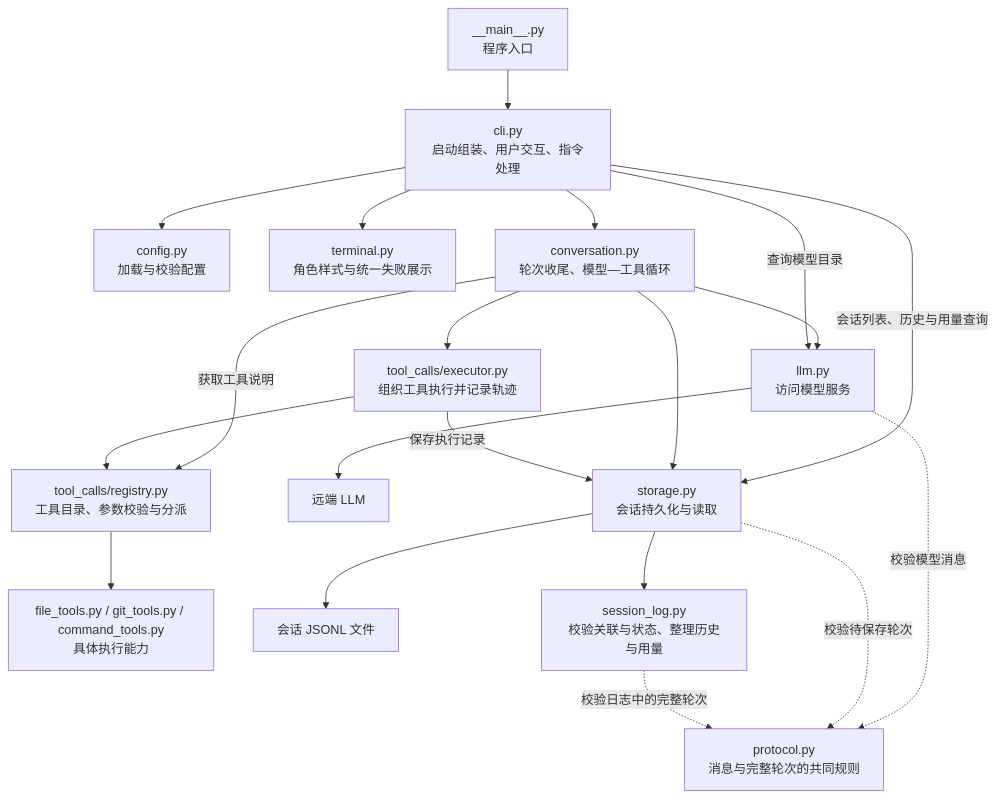
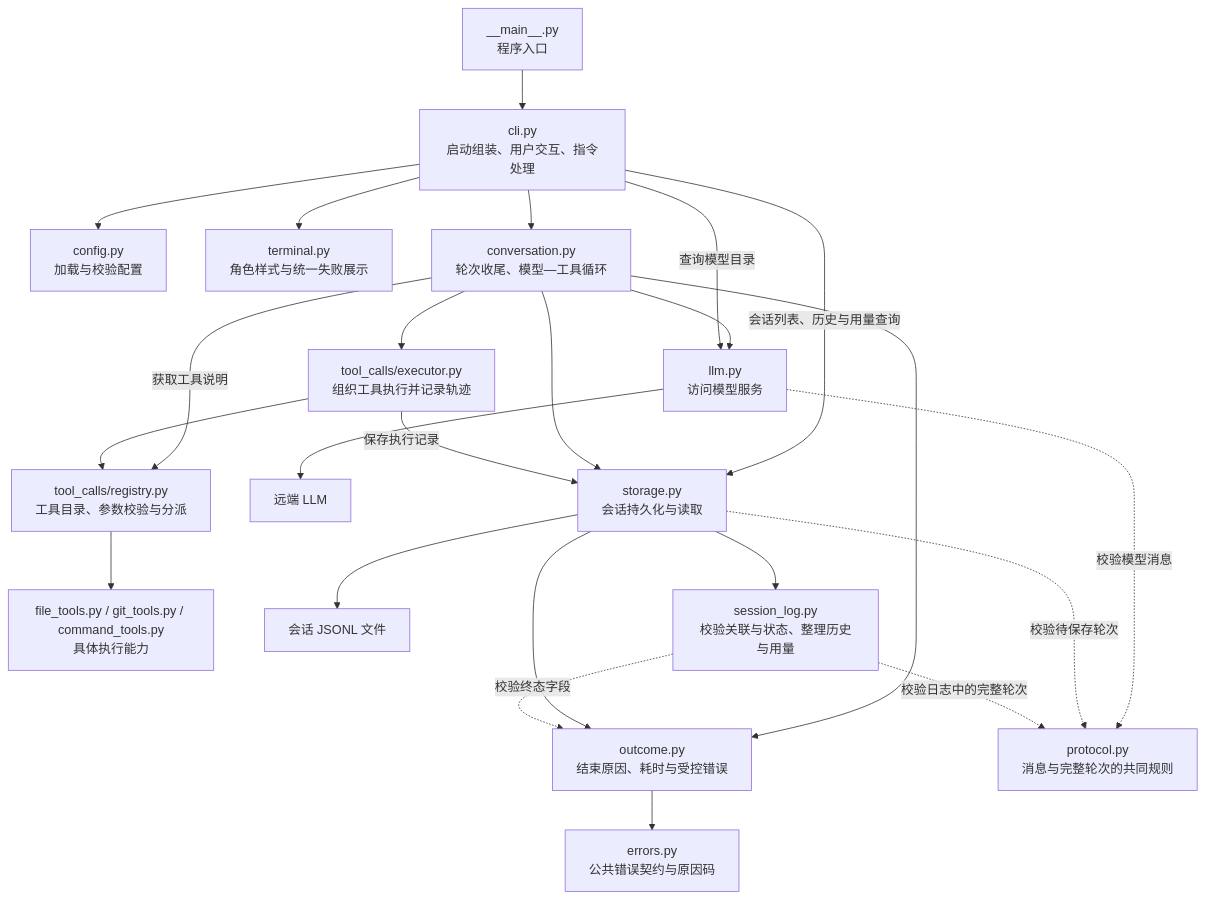
The first of 3 diagrams in docs/architecture.md (Plvltra/AdamAgent), drawn with Mermaid before and after one commit. The commit also changed other lines of this file and 19 other files, not shown here.

````diff
--- a/docs/architecture.md
+++ b/docs/architecture.md
@@ -15,25 +15,29 @@
 ```mermaid
 flowchart TD
     ENTRY["__main__.py<br/>程序入口"] --> CLI["cli.py<br/>启动组装、用户交互、指令处理"]
     CLI --> CONFIG["config.py<br/>加载与校验配置"]
     CLI --> TERMINAL["terminal.py<br/>角色样式与统一失败展示"]
     CLI --> CONV["conversation.py<br/>轮次收尾、模型—工具循环"]
     CLI -->|"会话列表、历史与用量查询"| STORE["storage.py<br/>会话持久化与读取"]
 
     CONV --> LLM["llm.py<br/>访问模型服务"]
     CLI -->|"查询模型目录"| LLM
     LLM --> API["远端 LLM"]
     CONV --> EXEC["tool_calls/executor.py<br/>组织工具执行并记录轨迹"]
     CONV -->|"获取工具说明"| REG["tool_calls/registry.py<br/>工具目录、参数校验与分派"]
     EXEC --> REG
     REG --> TOOLS["file_tools.py / git_tools.py / command_tools.py<br/>具体执行能力"]
 
     CONV --> STORE
     EXEC -->|"保存执行记录"| STORE
     STORE --> FILE["会话 JSONL 文件"]
     STORE --> LOG["session_log.py<br/>校验关联与状态、整理历史与用量"]
+    CONV --> OUTCOME["outcome.py<br/>结束原因、耗时与受控错误"]
+    STORE --> OUTCOME
+    LOG -.->|"校验终态字段"| OUTCOME
+    OUTCOME --> ERROR["errors.py<br/>公共错误契约与原因码"]
 
     LLM -.->|"校验模型消息"| PROTOCOL["protocol.py<br/>消息与完整轮次的共同规则"]
     STORE -.->|"校验待保存轮次"| PROTOCOL
     LOG -.->|"校验日志中的完整轮次"| PROTOCOL
 ```
````
